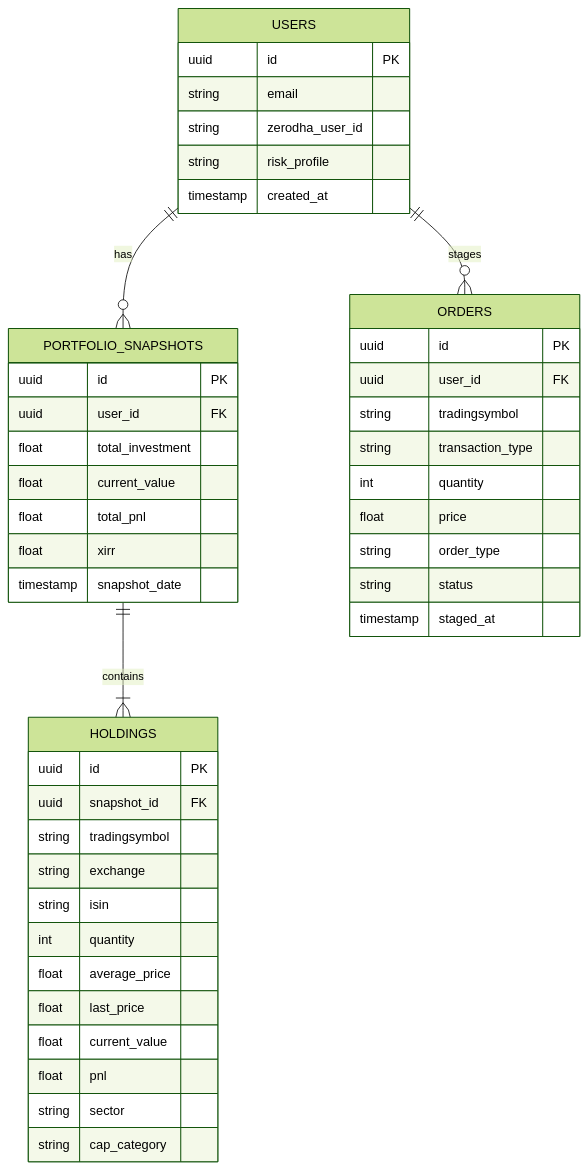
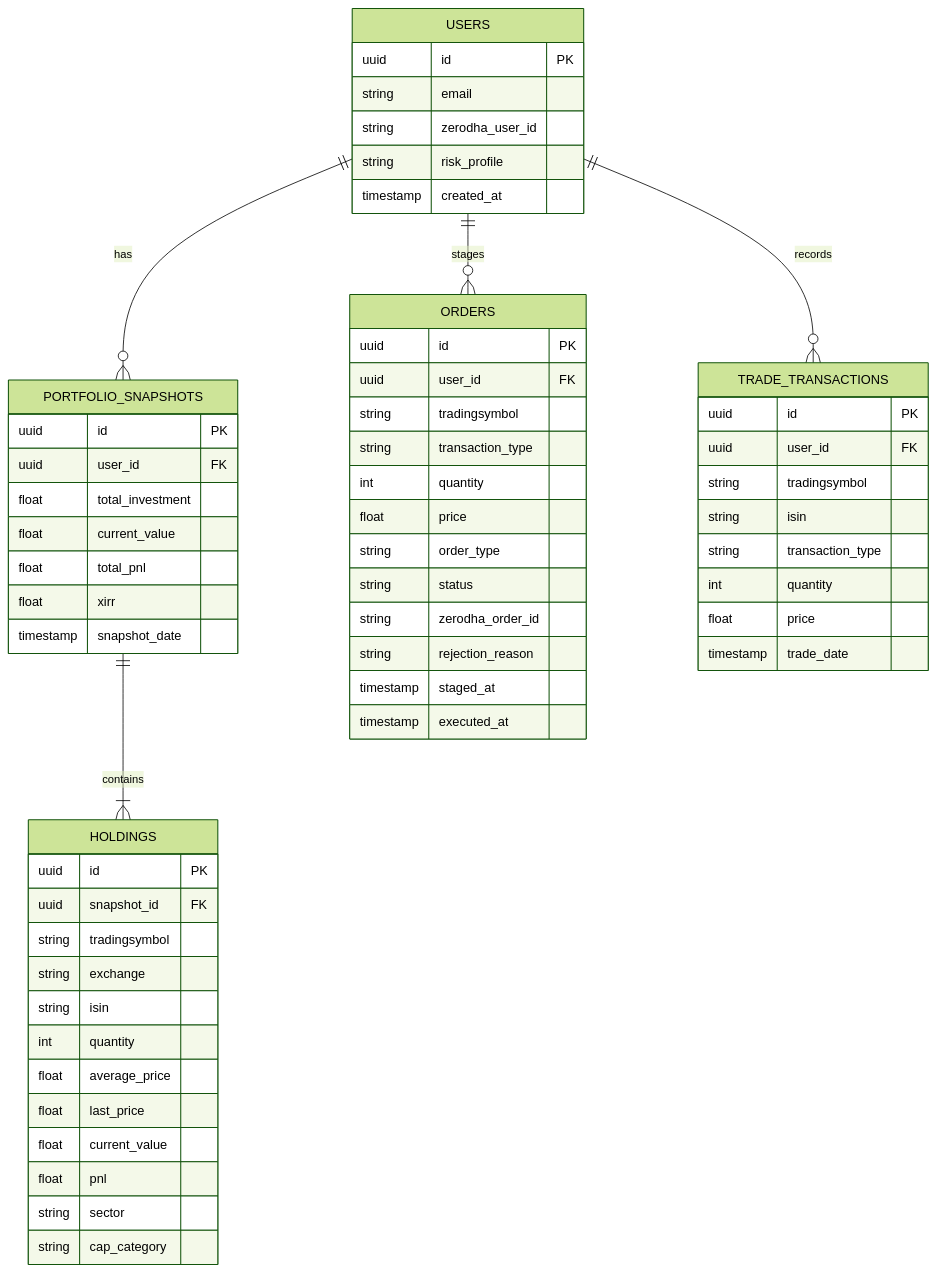
The fourth of 4 diagrams in docs/HLD.md (benoirajan/portfolio-assistant), drawn with Mermaid (forest theme) before and after one commit. The commit also changed other lines of this file and 7 other files, not shown here.

Commit message:
docs: architecture review updates and gitignore setup

````diff
--- a/docs/HLD.md
+++ b/docs/HLD.md
@@ -214,51 +253,66 @@
 ```mermaid
 erDiagram
     USERS ||--o{ PORTFOLIO_SNAPSHOTS : has
     USERS ||--o{ ORDERS : stages
     PORTFOLIO_SNAPSHOTS ||--|{ HOLDINGS : contains
+    USERS ||--o{ TRADE_TRANSACTIONS : records
 
     USERS {
         uuid id PK
         string email
         string zerodha_user_id
         string risk_profile
         timestamp created_at
     }
 
     PORTFOLIO_SNAPSHOTS {
         uuid id PK
         uuid user_id FK
         float total_investment
         float current_value
         float total_pnl
         float xirr
         timestamp snapshot_date
     }
 
     HOLDINGS {
         uuid id PK
         uuid snapshot_id FK
         string tradingsymbol
         string exchange
         string isin
         int quantity
         float average_price
         float last_price
         float current_value
         float pnl
         string sector
         string cap_category
     }
 
     ORDERS {
         uuid id PK
         uuid user_id FK
         string tradingsymbol
         string transaction_type
         int quantity
         float price
         string order_type
         string status
+        string zerodha_order_id
+        string rejection_reason
         timestamp staged_at
+        timestamp executed_at
+    }
+
+    TRADE_TRANSACTIONS {
+        uuid id PK
+        uuid user_id FK
+        string tradingsymbol
+        string isin
+        string transaction_type
+        int quantity
+        float price
+        timestamp trade_date
     }
 ```
````
